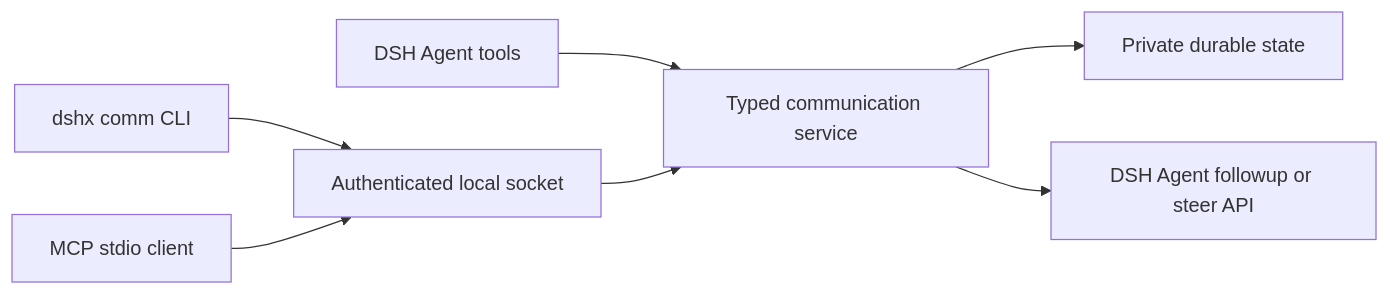
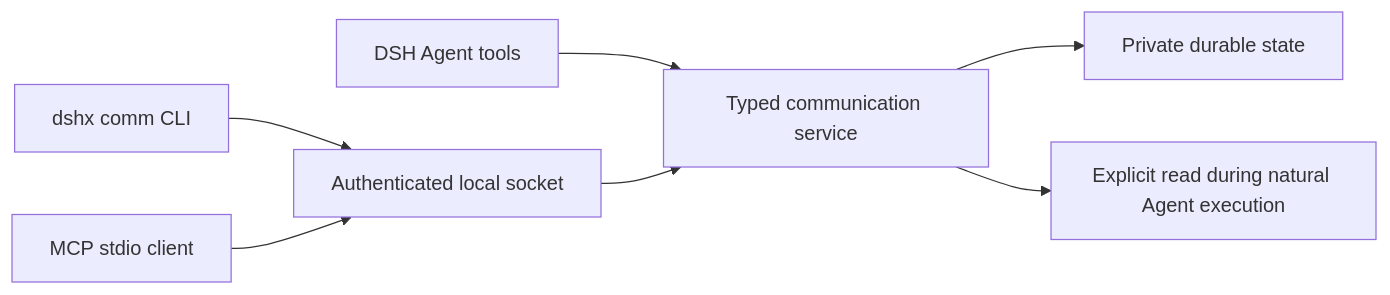
One commit to astahmer/dshfiles changed the diagram in tooling/dshx/docs/agent-communication.md. Above: the diagram before and after it, drawn with Mermaid. The commit also changed other lines of this file and 7 other files, not shown here.

````diff
--- a/tooling/dshx/docs/agent-communication.md
+++ b/tooling/dshx/docs/agent-communication.md
@@ -10,9 +10,9 @@
 ```mermaid
 flowchart LR
   A[DSH Agent tools] --> P[Typed communication service]
   C[dshx comm CLI] --> S[Authenticated local socket]
   M[MCP stdio client] --> S
   S --> P
   P --> D[Private durable state]
-  P --> R[DSH Agent followup or steer API]
+  P --> R[Explicit read during natural Agent execution]
 ```
````
